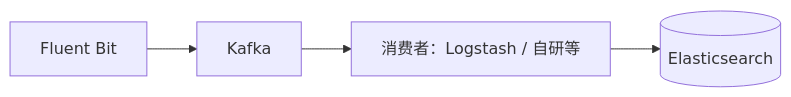
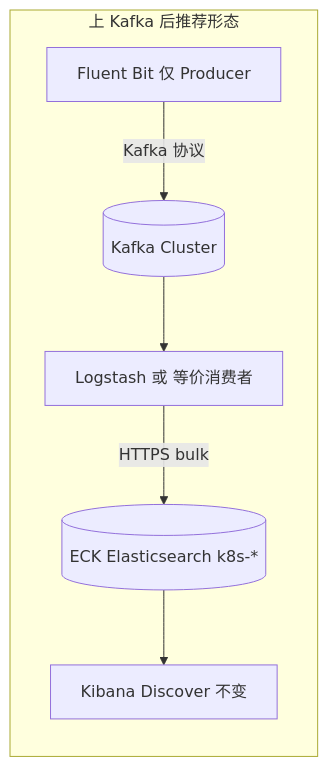
Diagram 31 of 44 in docs/efk/EFK.md (brinnatt/kubeauto), drawn with Mermaid before and after one commit. The commit also changed other lines of this file, not shown here.

````diff
--- a/docs/efk/EFK.md
+++ b/docs/efk/EFK.md
@@ -1829,6 +1853,12 @@
 ```mermaid
 flowchart LR
-  FB[Fluent Bit] --> K[Kafka]
-  K --> C["消费者：Logstash / 自研等"]
-  C --> ES[(Elasticsearch)]
+  subgraph after[上 Kafka 后推荐形态]
+    FB2[Fluent Bit 仅 Producer]
+    K[(Kafka Cluster)]
+    LS[Logstash 或 等价消费者]
+    ES2[(ECK Elasticsearch k8s-* )]
+    FB2 -->|Kafka 协议| K --> LS -->|HTTPS bulk| ES2
+    KB[Kibana Discover 不变]
+    ES2 --> KB
+  end
 ```
````
